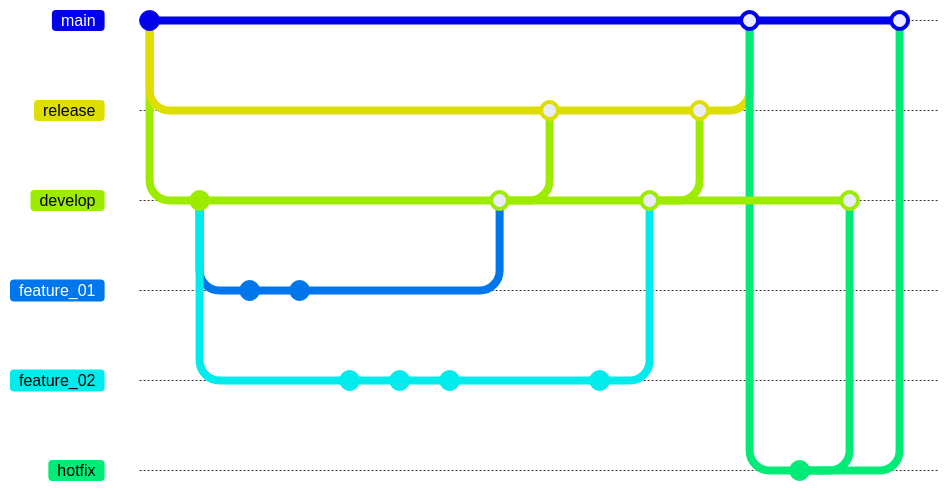
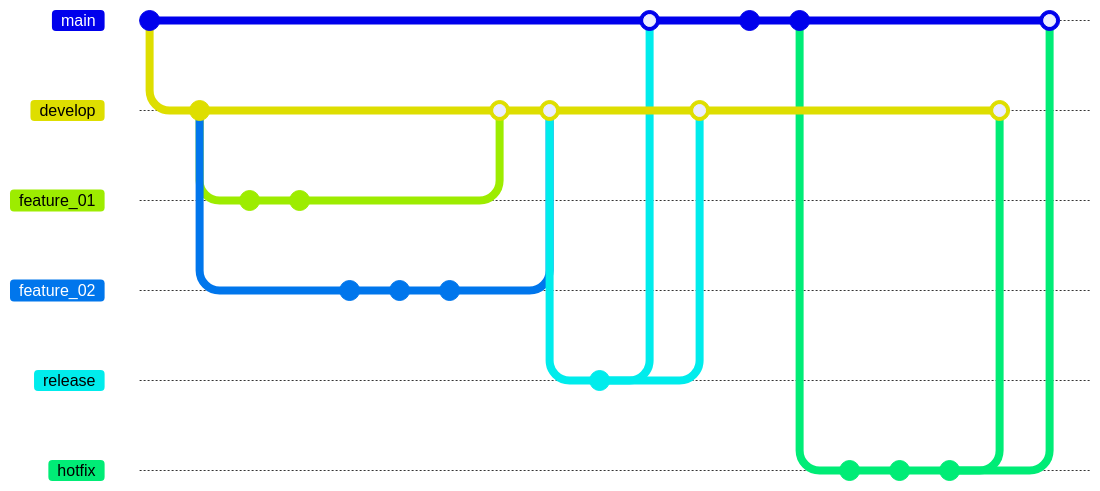
The diagram in Intro to Git Flow.md (jsaenz-endava/git-challenge-2023-1), drawn with Mermaid before and after one commit. The commit also changed other lines of this file and 1 other file, not shown here. Commit ids are hidden.

Commit message:
Adding summary file, navigation and intro corrections

````diff
--- a/Intro to Git Flow.md
+++ b/Intro to Git Flow.md
@@ -20,37 +20,36 @@
 ```mermaid
 gitGraph
    commit
-   branch release
    branch develop
    commit
    branch feature_01
    branch feature_02
    checkout feature_01
    commit
    commit
    checkout feature_02
    commit
    commit
    commit
    checkout develop
    merge feature_01
-   checkout release
-   merge develop
-   checkout feature_02
+   merge feature_02
+   branch release
    commit
-   checkout develop
-   merge feature_02
-   checkout release
-   merge develop
-   checkout develop
    checkout main
    merge release
+   checkout develop
+   merge release
    checkout main
+   commit
+   commit
    branch hotfix
+   commit
+   commit
    commit
    checkout develop
    merge hotfix
    checkout main
    merge hotfix
    
 ```
````
